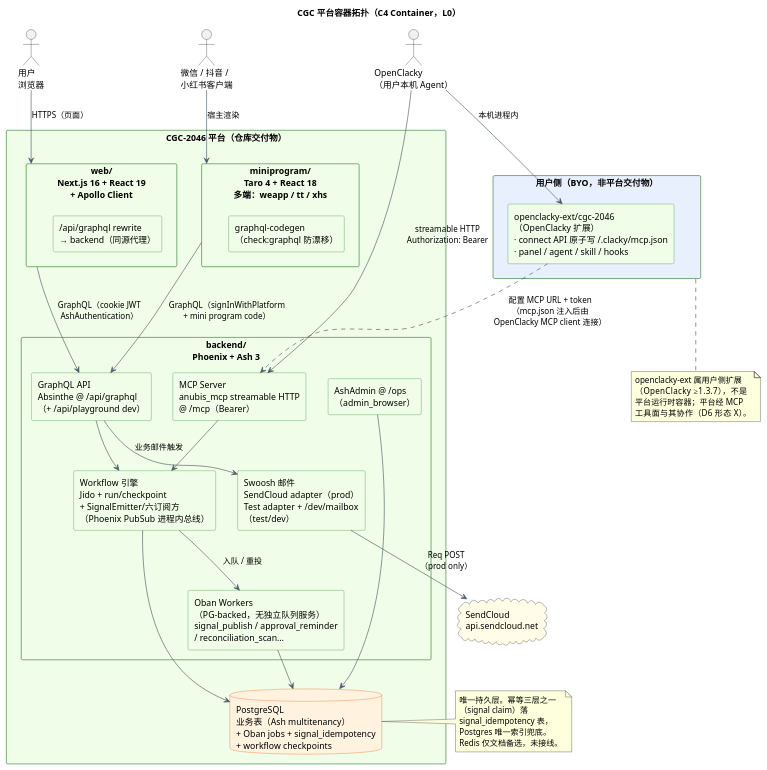
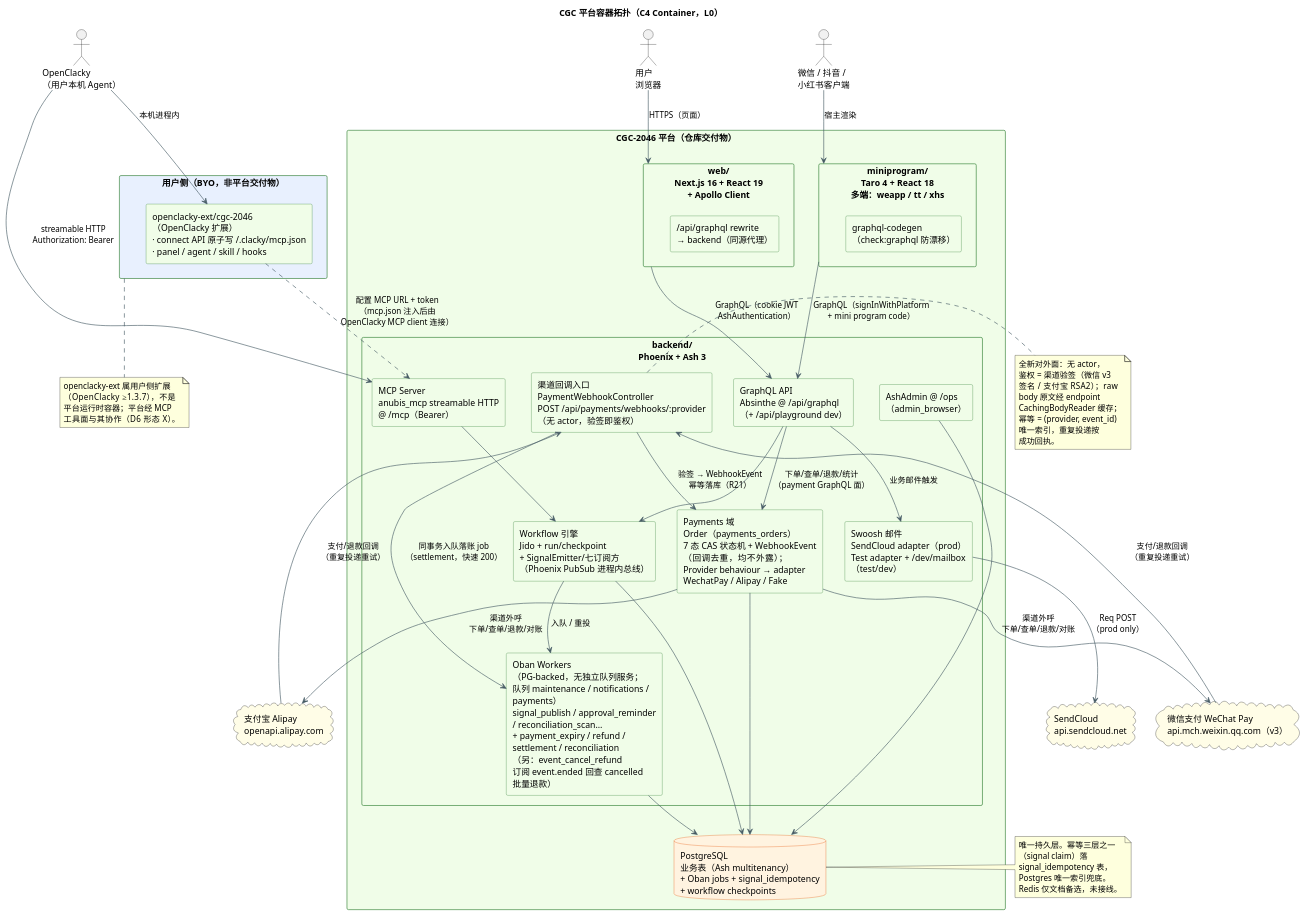
The diagram in docs/diagrams/container-topology.puml (CodingGirlsClub/cgc_2046), drawn with PlantUML before and after one commit. The commit also changed 22 other files, not shown here.

First line of the commit message:
docs(diagrams): payments + course-issue 合入后的图侧增量同步（10 张）

```diff
--- a/docs/diagrams/container-topology.puml
+++ b/docs/diagrams/container-topology.puml
@@ -1,89 +1,118 @@
 @startuml container-topology
 ' ============================================================
 ' L0 - 容器拓扑图（C4 Container）
 ' 事实来源：仓库顶层结构（backend/ web/ miniprogram/ openclacky-ext/）、
-' backend/config/config.exs（Oban PG-backed）、backend/lib/cgc_2046_web/router.ex
-' （/api/graphql、/mcp、/ops、dev /dev/mailbox）、web/next.config.ts（rewrite）、
+' backend/config/config.exs（Oban PG-backed + payments 队列与 cron :115-137）、
+' backend/lib/cgc_2046_web/router.ex（/api/graphql、/mcp、/ops、dev /dev/mailbox、
+' /api/payments/webhooks/:provider :50-60）、backend/lib/cgc_2046/payments/
+' （order.ex 7 态 CAS 状态机 + webhook_event.ex R21 幂等 + provider.ex behaviour
+' → providers/{wechat_pay,alipay,fake}）、backend/lib/cgc_2046_web/controllers/
+' payment_webhook_controller.ex（验签→落库→同事务入队）、web/next.config.ts（rewrite）、
 ' docs/运维/邮件与CD环境注入.md（SendCloud）、
 ' backend/lib/cgc_2046/workflows/signal_idempotency.ex（claim 落 Postgres）。
 ' 说明：Redis 仅为幂等层文档备选承载，config 无 Redix 配置——当前唯一
-' 持久层为 Postgres。本图按 codebase 现状绘制（2026-08，develop 72c5924）。
+' 持久层为 Postgres。本图按 codebase 现状绘制（2026-08，develop 7c8cadb）。
 ' ============================================================
 title CGC 平台容器拓扑（C4 Container，L0）
 
 skinparam backgroundColor white
 skinparam rectangle {
     BackgroundColor #F0FDE8
     BorderColor #2E7D32
 }
 skinparam database {
     BackgroundColor #FFF3E0
     BorderColor #E65100
 }
 skinparam arrow {
     Color #455A64
 }
 
 actor "用户\n浏览器" as Browser
 actor "微信 / 抖音 /\n小红书客户端" as MP
 actor "OpenClacky\n（用户本机 Agent）" as OC
 
 rectangle "用户侧（BYO，非平台交付物）" as USERSIDE #E8F0FE {
     rectangle "openclacky-ext/cgc-2046\n（OpenClacky 扩展）\n· connect API 原子写 ~/.clacky/mcp.json\n· panel / agent / skill / hooks" as EXT
 }
 
 rectangle "CGC-2046 平台（仓库交付物）" as PLATFORM #F0FDE8 {
 
     rectangle "web/\nNext.js 16 + React 19\n+ Apollo Client" as WEB {
         rectangle "/api/graphql rewrite\n→ backend（同源代理）" as REWRITE
     }
 
     rectangle "miniprogram/\nTaro 4 + React 18\n多端：weapp / tt / xhs" as MINI {
         rectangle "graphql-codegen\n（check:graphql 防漂移）" as CODEGEN
     }
 
     rectangle "backend/\nPhoenix + Ash 3" as BE {
         rectangle "GraphQL API\nAbsinthe @ /api/graphql\n（+ /api/playground dev）" as GQL
         rectangle "MCP Server\nanubis_mcp streamable HTTP\n@ /mcp（Bearer）" as MCP
         rectangle "AshAdmin @ /ops\n（admin_browser）" as OPS
-        rectangle "Workflow 引擎\nJido + run/checkpoint\n+ SignalEmitter/六订阅方\n（Phoenix PubSub 进程内总线）" as ENGINE
-        rectangle "Oban Workers\n（PG-backed，无独立队列服务）\nsignal_publish / approval_reminder\n/ reconciliation_scan…" as OBR
+        rectangle "渠道回调入口\nPaymentWebhookController\nPOST /api/payments/webhooks/:provider\n（无 actor，验签即鉴权）" as WBHK
+        rectangle "Workflow 引擎\nJido + run/checkpoint\n+ SignalEmitter/七订阅方\n（Phoenix PubSub 进程内总线）" as ENGINE
+        rectangle "Payments 域\nOrder（payments_orders）\n7 态 CAS 状态机 + WebhookEvent\n（回调去重，均不外露）；\nProvider behaviour → adapter\nWechatPay / Alipay / Fake" as PAY
+        rectangle "Oban Workers\n（PG-backed，无独立队列服务；\n队列 maintenance / notifications /\npayments）\nsignal_publish / approval_reminder\n/ reconciliation_scan…\n+ payment_expiry / refund /\nsettlement / reconciliation\n（另：event_cancel_refund\n订阅 event.ended 回查 cancelled\n批量退款）" as OBR
         rectangle "Swoosh 邮件\nSendCloud adapter（prod）\nTest adapter + /dev/mailbox\n（test/dev）" as MAIL
     }
 
     database "PostgreSQL\n业务表（Ash multitenancy）\n+ Oban jobs + signal_idempotency\n+ workflow checkpoints" as PG
 }
 
 cloud "SendCloud\napi.sendcloud.net" as SENDCLOUD #FFFDE7
+
+cloud "微信支付 WeChat Pay\napi.mch.weixin.qq.com（v3）" as WECHATPAY #FFFDE7
+cloud "支付宝 Alipay\nopenapi.alipay.com" as ALIPAY #FFFDE7
 
 Browser --> WEB : HTTPS（页面）
 MP --> MINI : 宿主渲染
 WEB --> GQL : GraphQL（cookie JWT\nAshAuthentication）
 MINI --> GQL : GraphQL（signInWithPlatform\n+ mini program code）
 OC --> EXT : 本机进程内
 EXT ..> MCP : 配置 MCP URL + token\n（mcp.json 注入后由\nOpenClacky MCP client 连接）
 OC --> MCP : streamable HTTP\nAuthorization: Bearer
 GQL --> ENGINE
 MCP --> ENGINE
 OPS --> PG
 ENGINE --> PG
 OBR --> PG
 ENGINE --> OBR : 入队 / 重投
 MAIL --> SENDCLOUD : Req POST\n（prod only）
 GQL --> MAIL : 业务邮件触发
 
+GQL --> PAY : 下单/查单/退款/统计\n（payment GraphQL 面）
+PAY --> PG
+WBHK --> PAY : 验签 → WebhookEvent\n幂等落库（R21）
+WBHK --> OBR : 同事务入队落账 job\n（settlement，快速 200）
+PAY --> WECHATPAY : 渠道外呼\n下单/查单/退款/对账
+PAY --> ALIPAY : 渠道外呼\n下单/查单/退款/对账
+WECHATPAY --> WBHK : 支付/退款回调\n（重复投递重试）
+ALIPAY --> WBHK : 支付/退款回调\n（重复投递重试）
+
 note right of PG
   唯一持久层。幂等三层之一
   （signal claim）落
   signal_idempotency 表，
   Postgres 唯一索引兜底。
   Redis 仅文档备选，未接线。
+end note
+
+note right of WBHK
+  全新对外面：无 actor，
+  鉴权 = 渠道验签（微信 v3
+  签名 / 支付宝 RSA2）；raw
+  body 原文经 endpoint
+  CachingBodyReader 缓存；
+  幂等 = (provider, event_id)
+  唯一索引，重复投递按
+  成功回执。
 end note
 
 note bottom of USERSIDE
   openclacky-ext 属用户侧扩展
   （OpenClacky ≥1.3.7），不是
   平台运行时容器；平台经 MCP
   工具面与其协作（D6 形态 X）。
 end note
 @enduml
```
